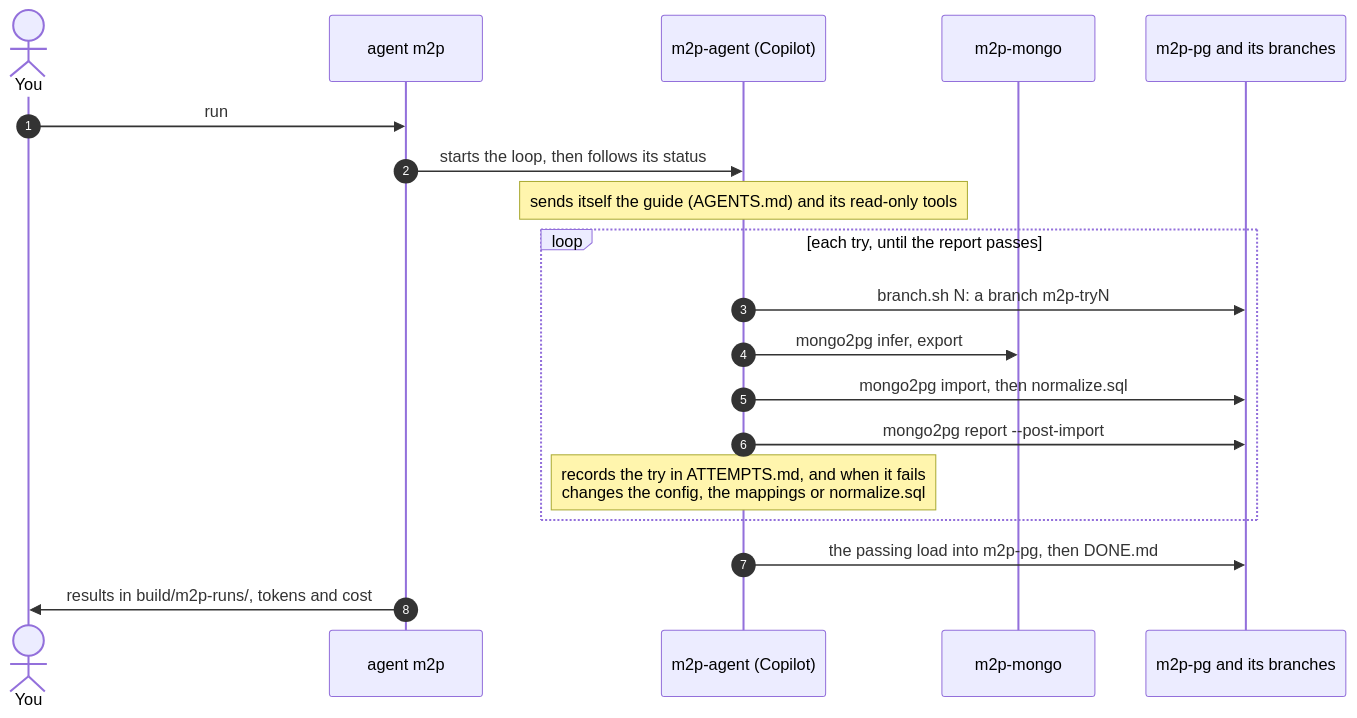
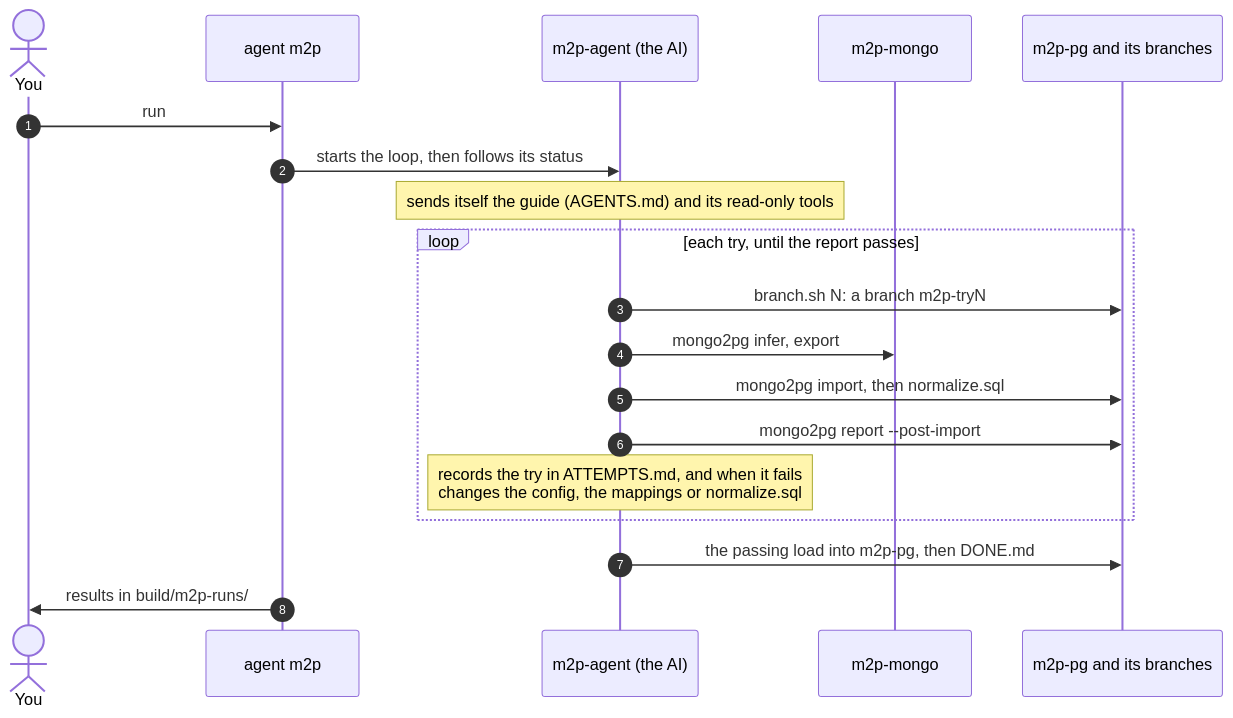
One commit to bertrandcedric/nevia-agent changed the second of 2 diagrams in docs/m2p.md. Above: the diagram before and after it, drawn with Mermaid. The commit also changed other lines of this file and 49 other files, not shown here.

````diff
--- a/docs/m2p.md
+++ b/docs/m2p.md
@@ -38,22 +39,22 @@
 ```mermaid
 sequenceDiagram
     autonumber
     actor you as You
     participant cli as agent m2p
-    participant agent as m2p-agent (Copilot)
+    participant agent as m2p-agent (the AI)
     participant mongo as m2p-mongo
     participant pg as m2p-pg and its branches
 
     you->>cli: run
     cli->>agent: starts the loop, then follows its status
     Note over agent: sends itself the guide (AGENTS.md) and its read-only tools
     loop each try, until the report passes
         agent->>pg: branch.sh N: a branch m2p-tryN
         agent->>mongo: mongo2pg infer, export
         agent->>pg: mongo2pg import, then normalize.sql
         agent->>pg: mongo2pg report --post-import
         Note over agent: records the try in ATTEMPTS.md, and when it fails<br/>changes the config, the mappings or normalize.sql
     end
     agent->>pg: the passing load into m2p-pg, then DONE.md
-    cli->>you: results in build/m2p-runs/, tokens and cost
+    cli->>you: results in build/m2p-runs/
 ```
````
